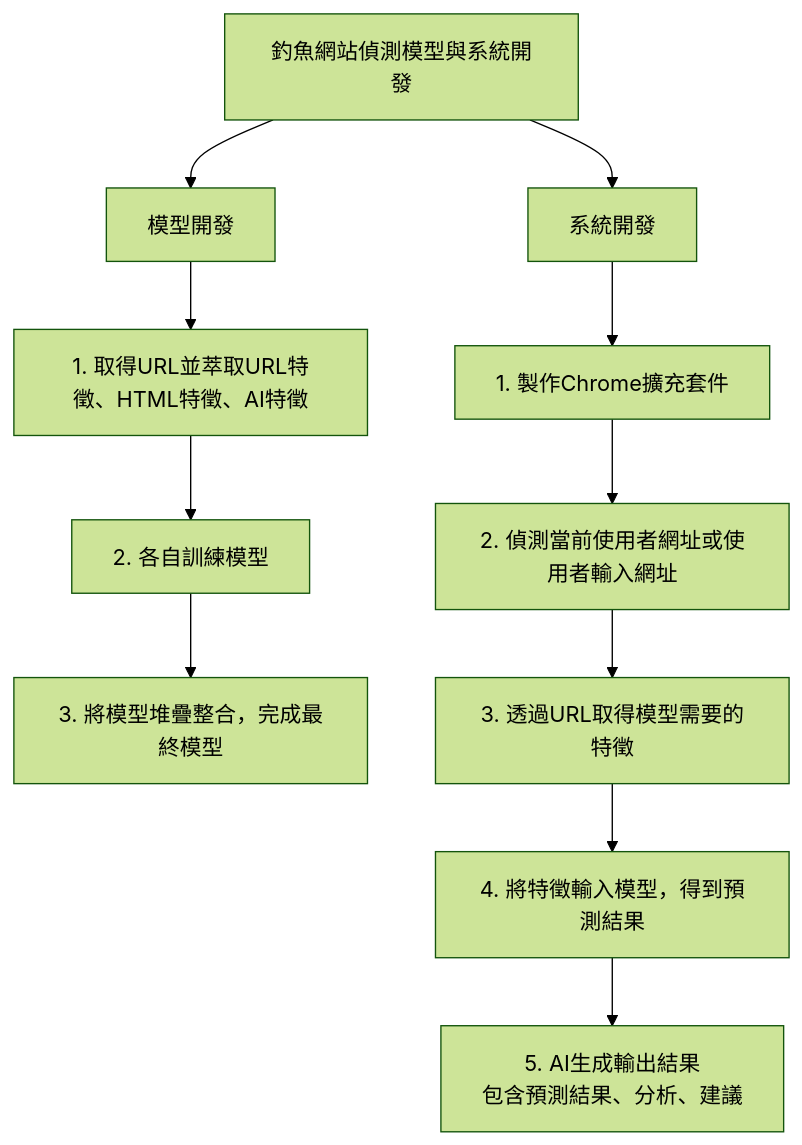
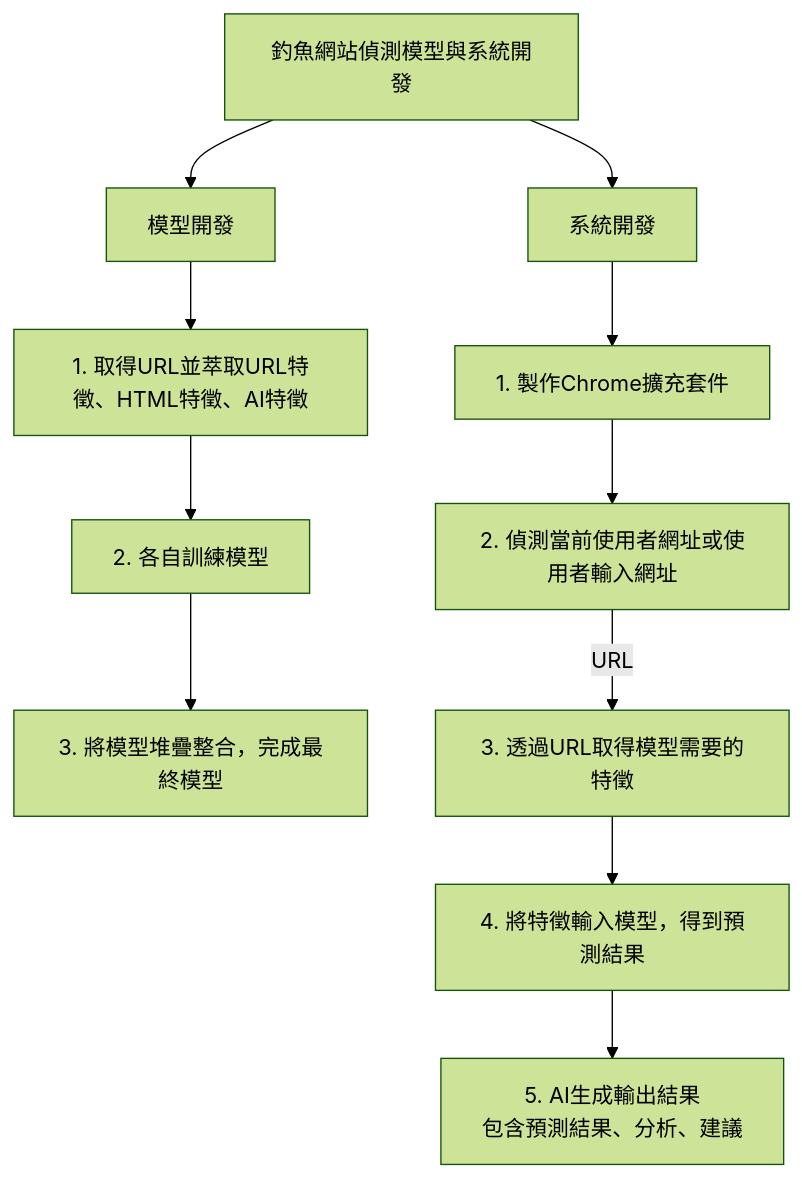
The diagram in README.md (444112029012/project-ai-phishing-detection), drawn with Mermaid (forest theme) before and after one commit.

````diff
--- a/README.md
+++ b/README.md
@@ -18,17 +18,17 @@
 ```mermaid
 graph TB
     A[釣魚網站偵測模型與系統開發] --> B[模型開發]
     A --> C[系統開發]
 
     %% 模型開發
     B --> B1[1. 取得URL並萃取URL特徵、HTML特徵、AI特徵]
     B1 --> B2[2. 各自訓練模型]
     B2 --> B3[3. 將模型堆疊整合，完成最終模型]
 
     %% 系統開發
     C --> C1[1. 製作Chrome擴充套件]
     C1 --> C2[2. 偵測當前使用者網址或使用者輸入網址]
-    C2 --> C3[3. 透過URL取得模型需要的特徵]
+    C2 -->|URL| C3[3. 透過URL取得模型需要的特徵]
     C3 --> C4[4. 將特徵輸入模型，得到預測結果]
     C4 --> C5[5. AI生成輸出結果<br>包含預測結果、分析、建議]
 ```
````
